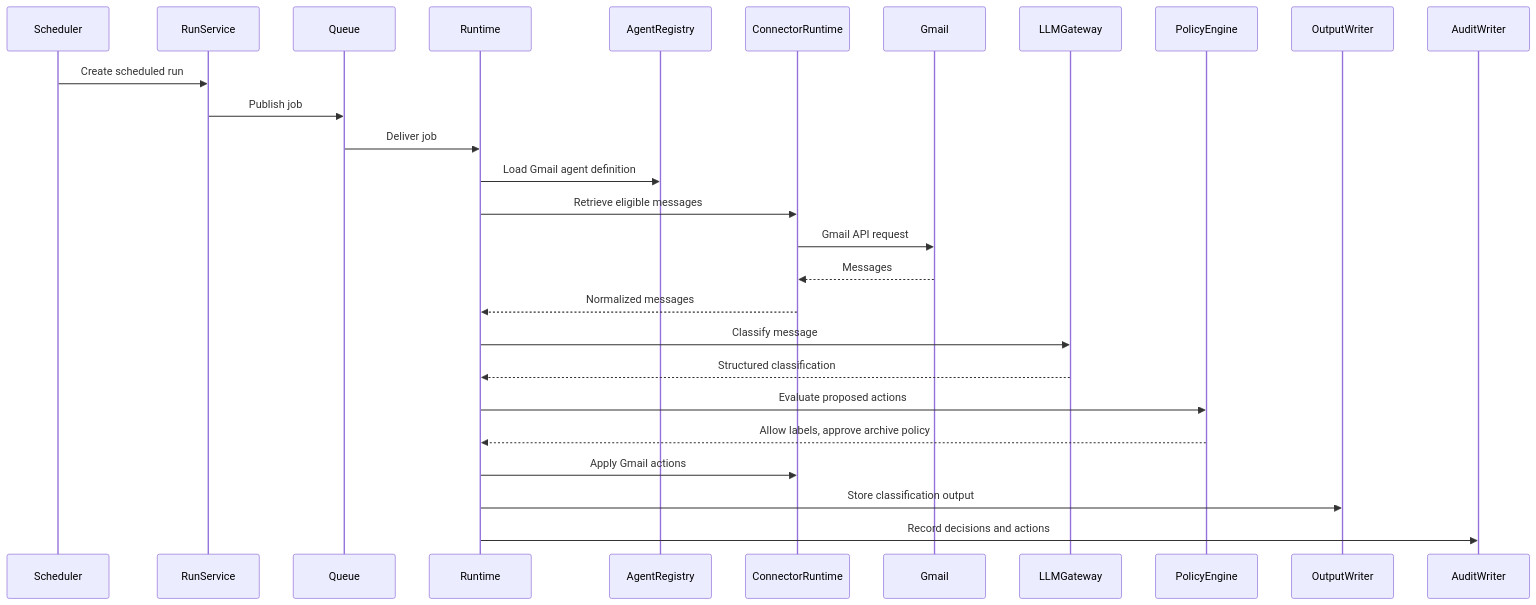
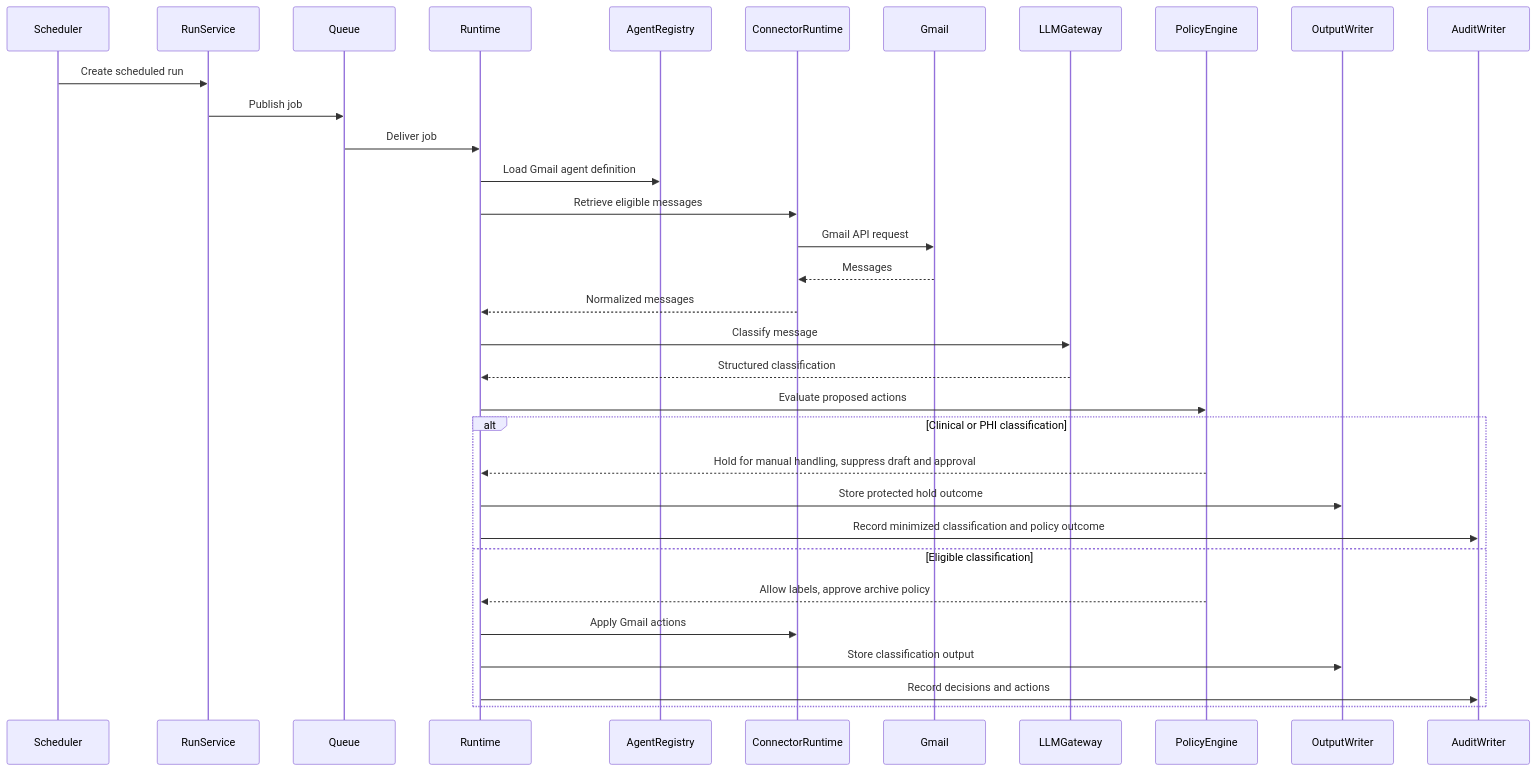
One commit to vasudevap/agent-control-center changed the third of 3 diagrams in docs/architecture/05-component-architecture.md. Above: the diagram before and after it, drawn with Mermaid. The commit also changed other lines of this file and 17 other files, not shown here.

````diff
--- a/docs/architecture/05-component-architecture.md
+++ b/docs/architecture/05-component-architecture.md
@@ -1268,30 +1286,36 @@
 ```mermaid
 sequenceDiagram
     participant Scheduler
     participant RunService
     participant Queue
     participant Runtime
     participant AgentRegistry
     participant ConnectorRuntime
     participant Gmail
     participant LLMGateway
     participant PolicyEngine
     participant OutputWriter
     participant AuditWriter
 
     Scheduler->>RunService: Create scheduled run
     RunService->>Queue: Publish job
     Queue->>Runtime: Deliver job
     Runtime->>AgentRegistry: Load Gmail agent definition
     Runtime->>ConnectorRuntime: Retrieve eligible messages
     ConnectorRuntime->>Gmail: Gmail API request
     Gmail-->>ConnectorRuntime: Messages
     ConnectorRuntime-->>Runtime: Normalized messages
     Runtime->>LLMGateway: Classify message
     LLMGateway-->>Runtime: Structured classification
     Runtime->>PolicyEngine: Evaluate proposed actions
-    PolicyEngine-->>Runtime: Allow labels, approve archive policy
-    Runtime->>ConnectorRuntime: Apply Gmail actions
-    Runtime->>OutputWriter: Store classification output
-    Runtime->>AuditWriter: Record decisions and actions
+    alt Clinical or PHI classification
+        PolicyEngine-->>Runtime: Hold for manual handling, suppress draft and approval
+        Runtime->>OutputWriter: Store protected hold outcome
+        Runtime->>AuditWriter: Record minimized classification and policy outcome
+    else Eligible classification
+        PolicyEngine-->>Runtime: Allow labels, approve archive policy
+        Runtime->>ConnectorRuntime: Apply Gmail actions
+        Runtime->>OutputWriter: Store classification output
+        Runtime->>AuditWriter: Record decisions and actions
+    end
 ```
````
